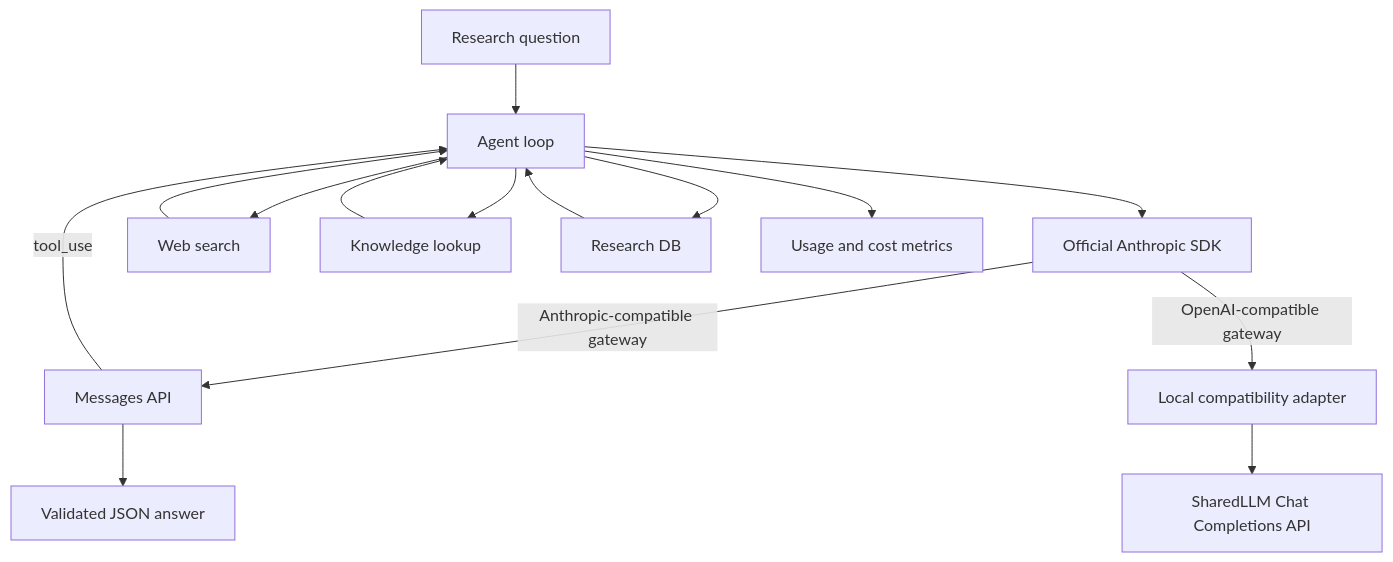
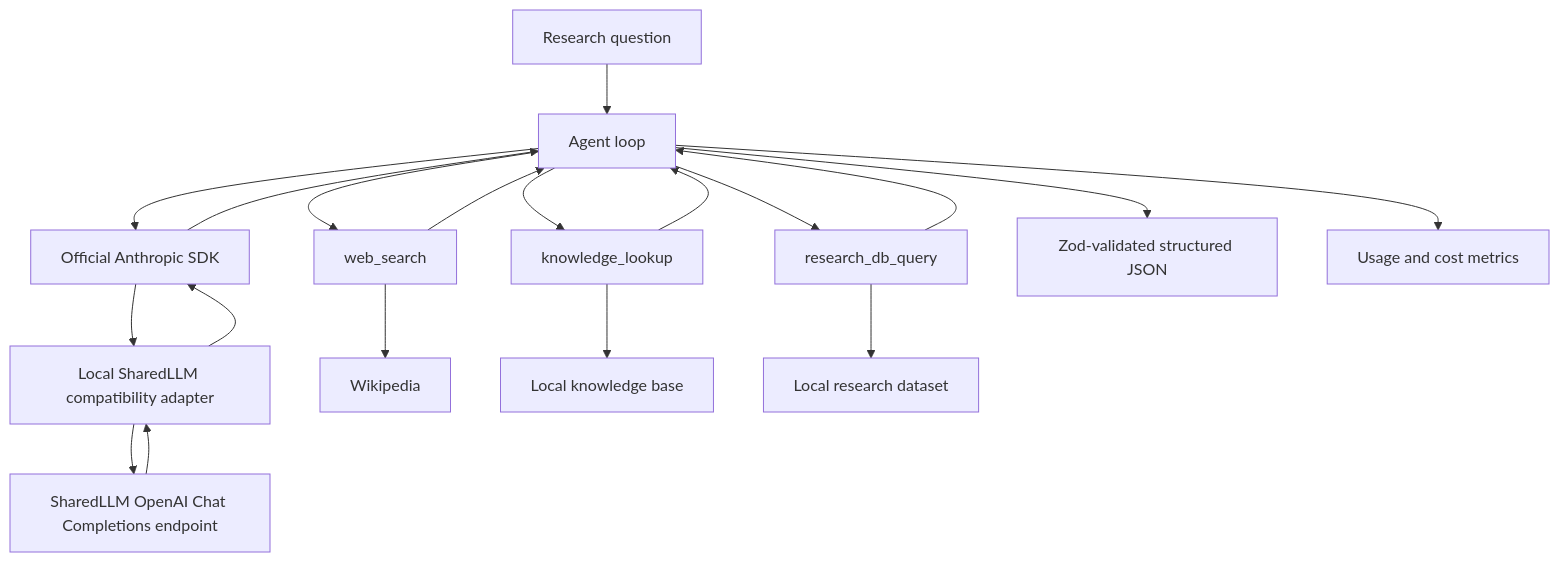
Before and after one commit to Navyaimmadi/Claude-research-assistant-starter: the diagram in docs/architecture.md, drawn with Mermaid. The commit also changed other lines of this file and 8 other files, not shown here.

````diff
--- a/docs/architecture.md
+++ b/docs/architecture.md
@@ -3,17 +3,16 @@
 ```mermaid
 flowchart TD
     U[Research question] --> A[Agent loop]
     A --> S[Official Anthropic SDK]
-    S -->|Anthropic-compatible gateway| M[Messages API]
-    S -->|OpenAI-compatible gateway| C[Local compatibility adapter]
-    C --> O[SharedLLM Chat Completions API]
-    M -->|tool_use| A
-    A --> W[Web search]
-    A --> K[Knowledge lookup]
-    A --> D[Research DB]
+    S --> C[Local SharedLLM compatibility adapter]
+    C --> G[SharedLLM OpenAI Chat Completions endpoint]
+    G --> C --> S --> A
+    A --> W[web_search] --> WS[Wikipedia]
+    A --> K[knowledge_lookup] --> KB[Local knowledge base]
+    A --> D[research_db_query] --> DB[Local research dataset]
     W --> A
     K --> A
     D --> A
-    M --> J[Validated JSON answer]
-    A --> X[Usage and cost metrics]
+    A --> J[Zod-validated structured JSON]
+    A --> M[Usage and cost metrics]
 ```
````
